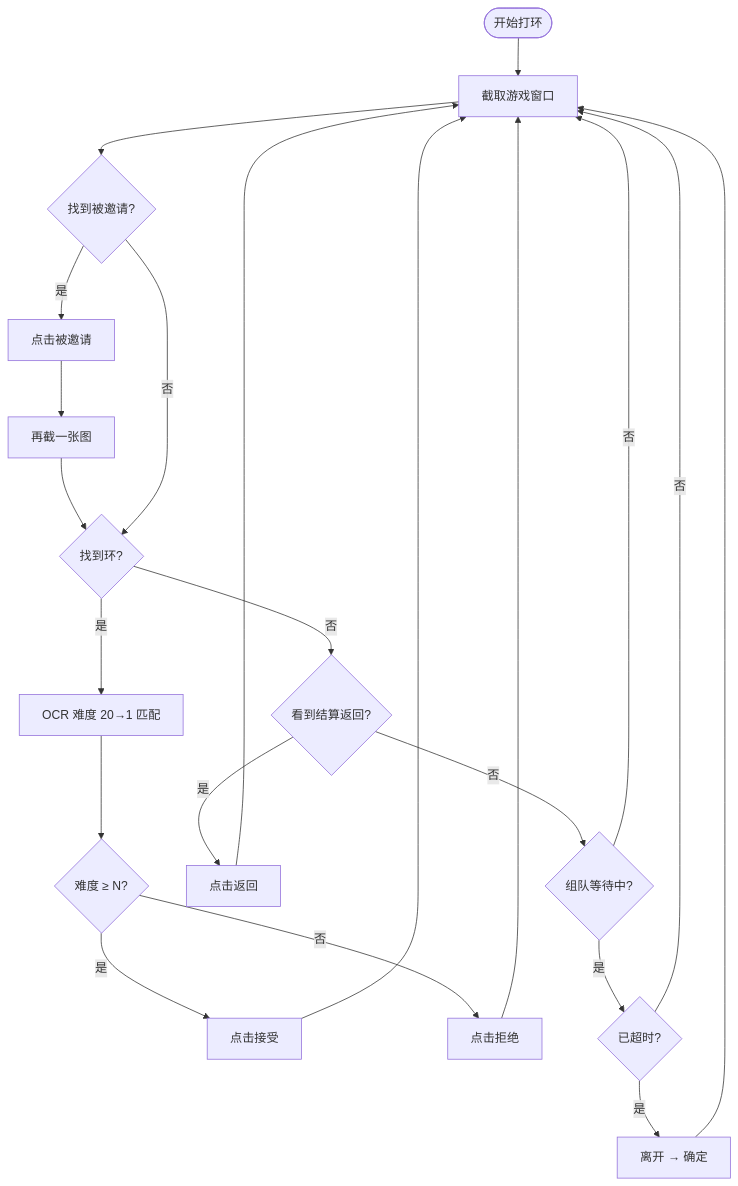
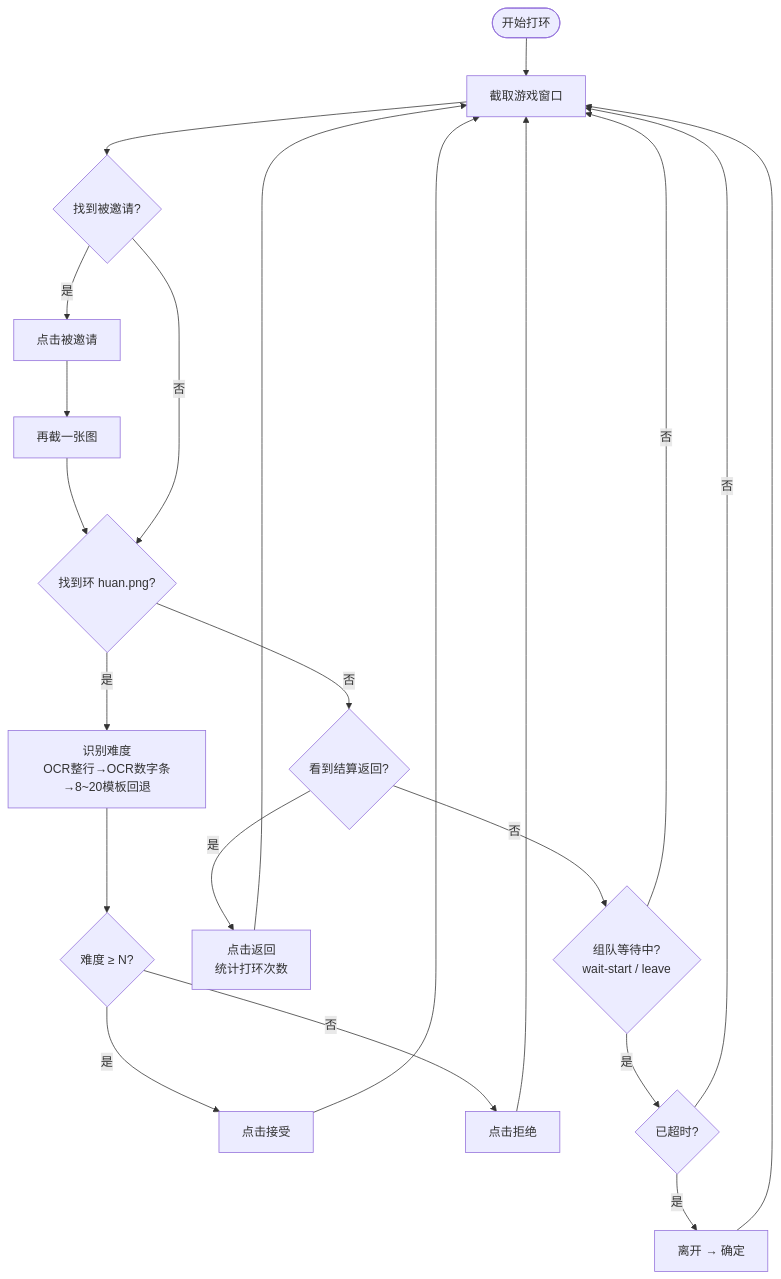
The first of 4 diagrams in README.md (AlanTianx/jiangshi-script), drawn with Mermaid before and after one commit. The commit also changed other lines of this file and 2 other files, not shown here.

Commit message:
更新 README.md，增加招募抢环功能说明并调整功能描述；修正 OCR 难度识别逻辑，优化模板匹配；更新 UI 相关文本以反映新功能。

````diff
--- a/README.md
+++ b/README.md
@@ -18,24 +21,24 @@
 ```mermaid
 flowchart TD
     A([开始打环]) --> B[截取游戏窗口]
     B --> C{找到被邀请?}
     C -->|是| D[点击被邀请]
     D --> E[再截一张图]
-    E --> F{找到环?}
+    E --> F{找到环 huan.png?}
     C -->|否| F
-    F -->|是| G[OCR 难度 20→1 匹配]
+    F -->|是| G[识别难度<br/>OCR整行→OCR数字条→8~20模板回退]
     G --> H{难度 ≥ N?}
     H -->|是| I[点击接受]
     I --> B
     H -->|否| J[点击拒绝]
     J --> B
     F -->|否| K{看到结算返回?}
-    K -->|是| L[点击返回]
+    K -->|是| L[点击返回<br/>统计打环次数]
     L --> B
-    K -->|否| M{组队等待中?}
+    K -->|否| M{组队等待中?<br/>wait-start / leave}
     M -->|是| N{已超时?}
     N -->|否| B
     N -->|是| O[离开 → 确定]
     O --> B
     M -->|否| B
 ```
````
